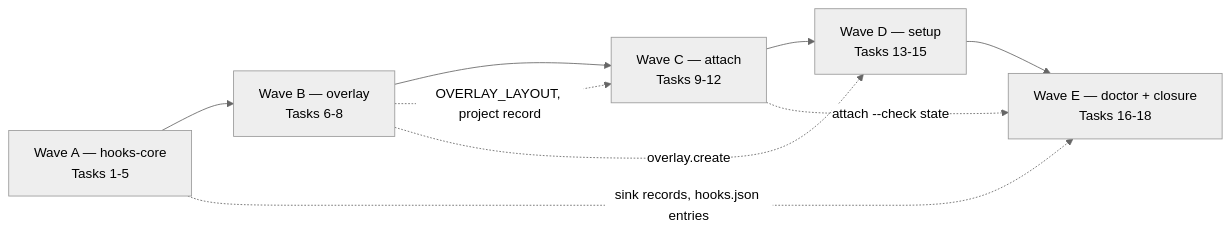
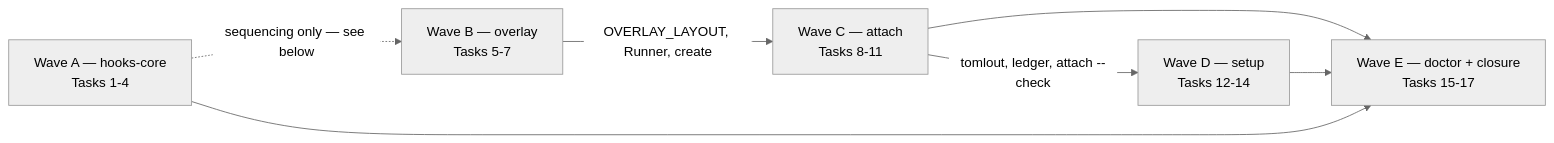
Before and after one commit to Nezhinskiy/keelline: the diagram in docs/plans/2026-09-17-wave-3-install-path.md, drawn with Mermaid (neutral theme). The commit also changed other lines of this file, not shown here.

Commit message:
docs(plans): reverse the slot decision, gate attach in code, and route every write through an existing primitive

````diff
--- a/docs/plans/2026-09-17-wave-3-install-path.md
+++ b/docs/plans/2026-09-17-wave-3-install-path.md
@@ -87,11 +92,14 @@
 ```mermaid
 graph LR
-  A["Wave A — hooks-core<br/>Tasks 1-5"] --> B["Wave B — overlay<br/>Tasks 6-8"]
-  B --> C["Wave C — attach<br/>Tasks 9-12"]
-  C --> D["Wave D — setup<br/>Tasks 13-15"]
-  D --> E["Wave E — doctor + closure<br/>Tasks 16-18"]
-  A -.->|"sink records, hooks.json entries"| E
-  B -.->|"OVERLAY_LAYOUT, project record"| C
-  C -.->|"attach --check state"| E
-  B -.->|"overlay.create"| D
+  A["Wave A — hooks-core<br/>Tasks 1-4"]
+  B["Wave B — overlay<br/>Tasks 5-7"]
+  C["Wave C — attach<br/>Tasks 8-11"]
+  D["Wave D — setup<br/>Tasks 12-14"]
+  E["Wave E — doctor + closure<br/>Tasks 15-17"]
+  B -->|"OVERLAY_LAYOUT, Runner, create"| C
+  C -->|"tomlout, ledger, attach --check"| D
+  A -.->|"sequencing only — see below"| B
+  C --> E
+  D --> E
+  A --> E
 ```
````
